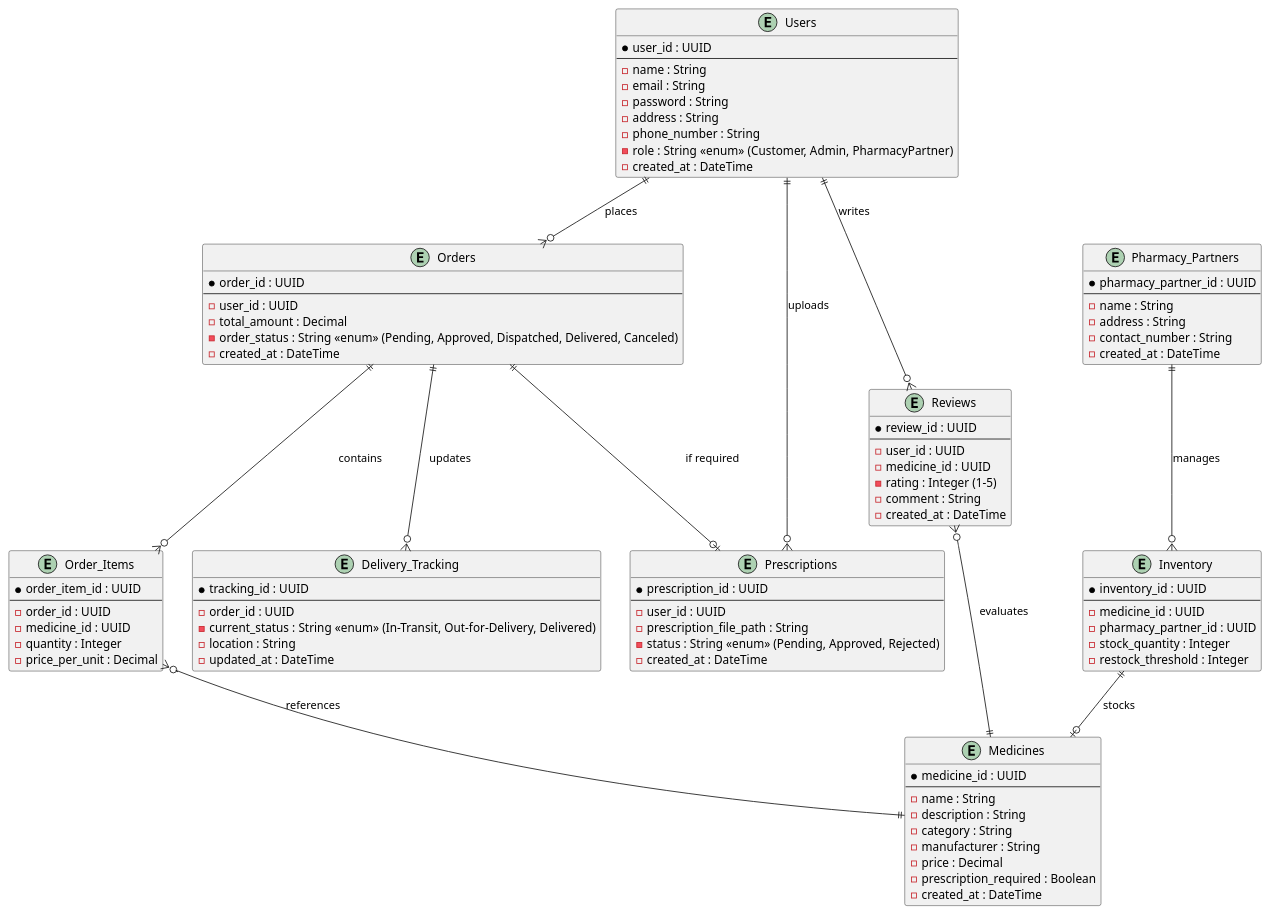
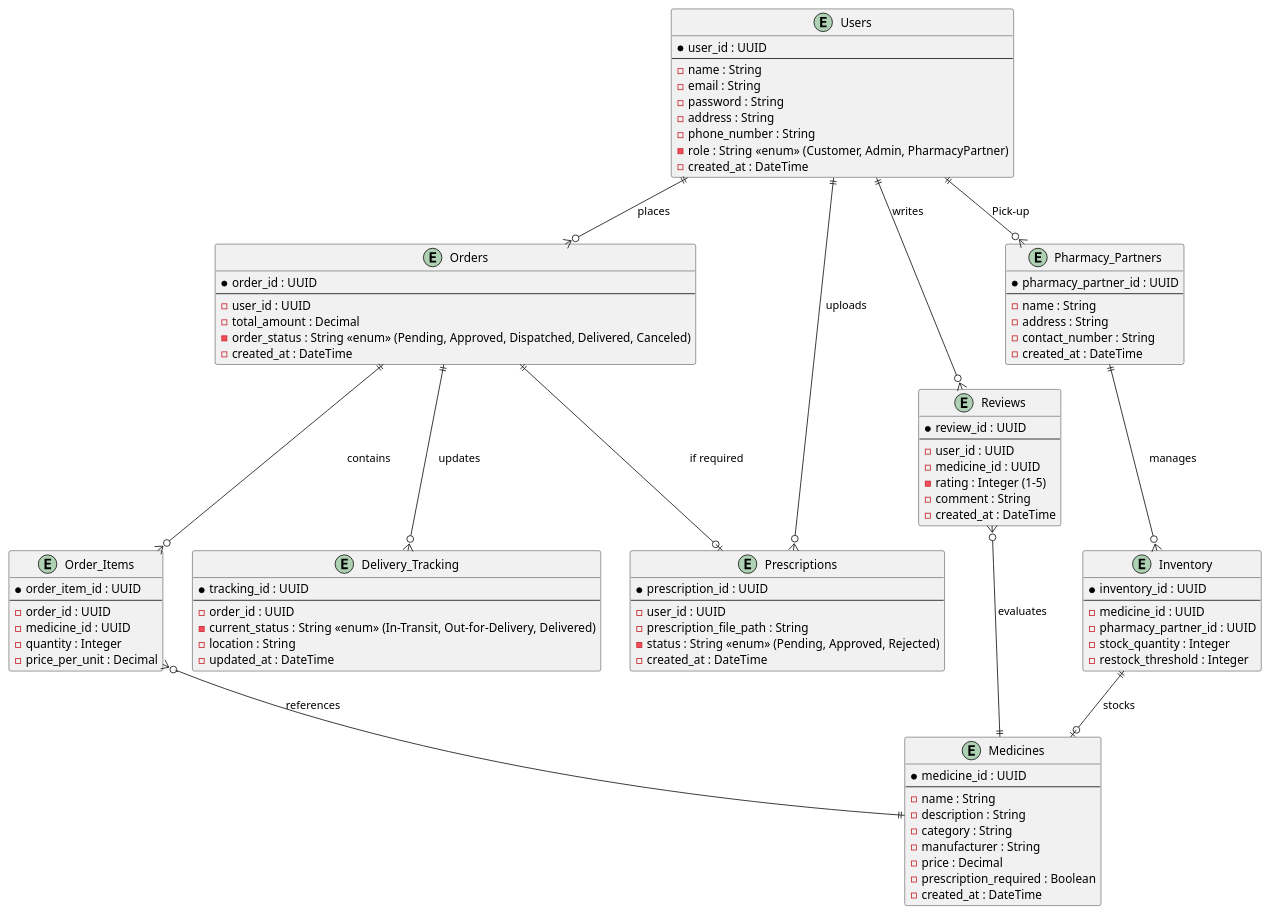
The seventh of 7 diagrams in Assignment 2/Architecture.md (IIITLucknowSWEngg/CSITTeam022), drawn with PlantUML before and after one commit.

Commit message:
Update Architecture.md
added user to pharmacy partner relating in the er diagram

```diff
--- a/Assignment 2/Architecture.md
+++ b/Assignment 2/Architecture.md
@@ -382,6 +382,7 @@
 
 ' Relationships
 Users ||--o{ Orders : places
+Users ||--o{ Pharmacy_Partners : Pick-up
 Orders ||--o{ Order_Items : contains
 Order_Items }o--|| Medicines : references
 Orders ||--o| Prescriptions : "if required"
```
